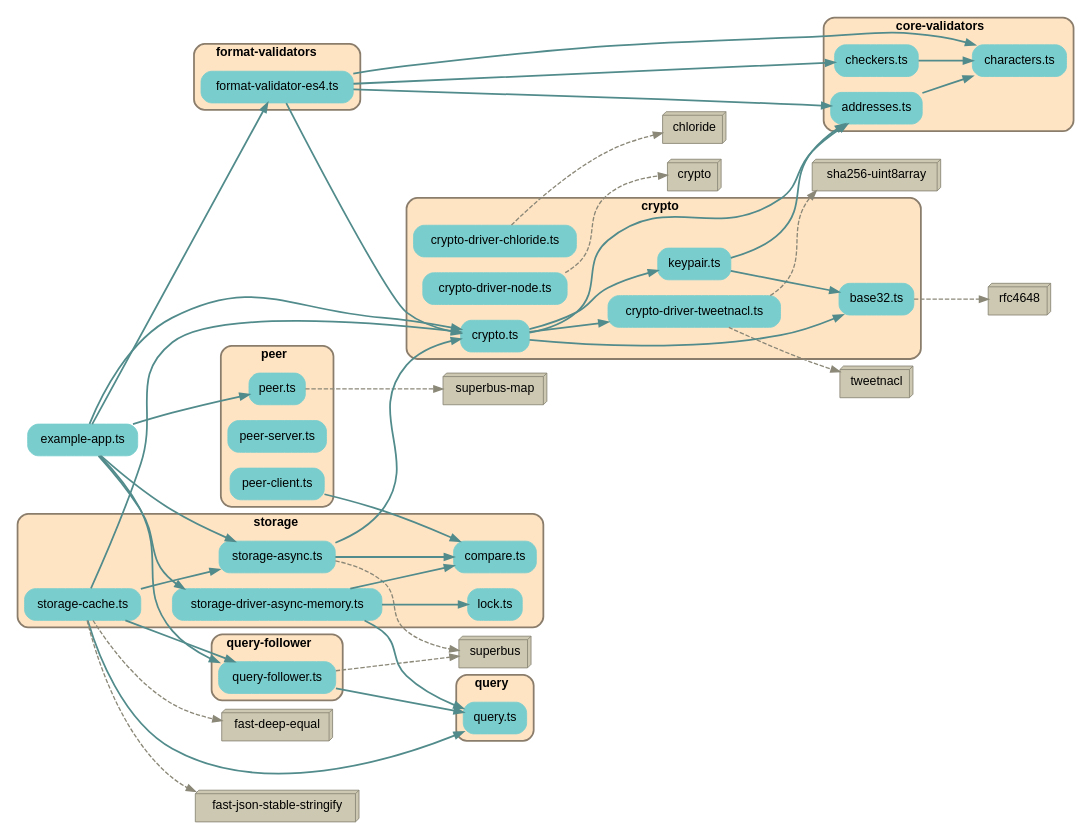
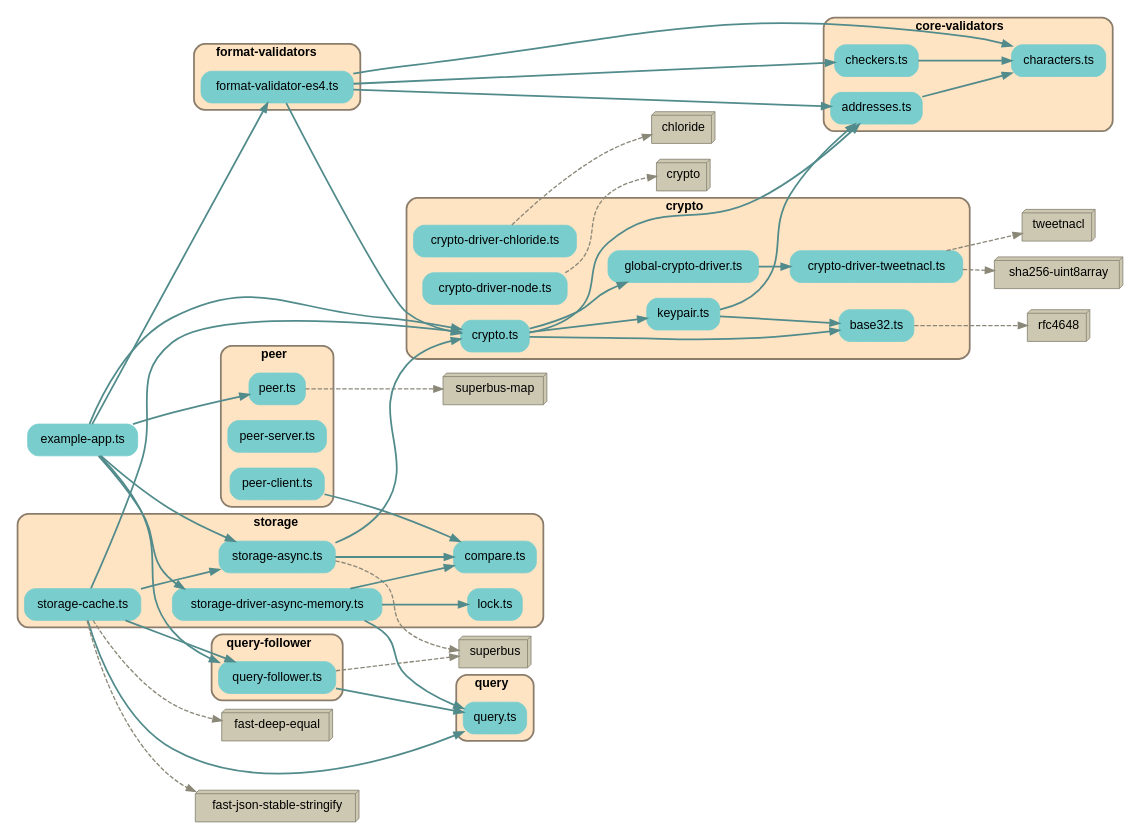
The diagram in depchart/depchart-deps.dot (earthstar-project/earthstar), drawn with Graphviz before and after one commit. The commit also changed 11 other files, not shown here.

```diff
--- a/depchart/depchart-deps.dot
+++ b/depchart/depchart-deps.dot
@@ -1,153 +1,155 @@
 
 digraph G {
     //splines=line;
     //splines=polyline;
     splines=true;
     rankdir=LR;
     //newrank=true;
     compound=true;
     graph [fontname = "helvetica"];  // dpi=72
     node [fontname = "helvetica"];
     edge [fontname = "helvetica"];
     
     // files in their folder clusters
         "src/example-app.ts" [label="example-app.ts", shape=rectangle; style="rounded,filled"; color=darkslategray3];
 
-        subgraph cluster2351233740 {
+        subgraph cluster8088613706 {
             label=<<b>core-validators</b>>;
             style="rounded,filled";
             fillcolor=bisque;
             color=bisque4;
             penwidth=2;
                     
             "src/core-validators/addresses.ts" [label="addresses.ts", shape=rectangle; style="rounded,filled"; color=darkslategray3];
             "src/core-validators/characters.ts" [label="characters.ts", shape=rectangle; style="rounded,filled"; color=darkslategray3];
             "src/core-validators/checkers.ts" [label="checkers.ts", shape=rectangle; style="rounded,filled"; color=darkslategray3];
         }
 
-        subgraph cluster9778582570 {
+        subgraph cluster6165626533 {
             label=<<b>crypto</b>>;
             style="rounded,filled";
             fillcolor=bisque;
             color=bisque4;
             penwidth=2;
                     
             "src/crypto/base32.ts" [label="base32.ts", shape=rectangle; style="rounded,filled"; color=darkslategray3];
             "src/crypto/crypto-driver-chloride.ts" [label="crypto-driver-chloride.ts", shape=rectangle; style="rounded,filled"; color=darkslategray3];
             "src/crypto/crypto-driver-node.ts" [label="crypto-driver-node.ts", shape=rectangle; style="rounded,filled"; color=darkslategray3];
             "src/crypto/crypto-driver-tweetnacl.ts" [label="crypto-driver-tweetnacl.ts", shape=rectangle; style="rounded,filled"; color=darkslategray3];
             "src/crypto/crypto.ts" [label="crypto.ts", shape=rectangle; style="rounded,filled"; color=darkslategray3];
+            "src/crypto/global-crypto-driver.ts" [label="global-crypto-driver.ts", shape=rectangle; style="rounded,filled"; color=darkslategray3];
             "src/crypto/keypair.ts" [label="keypair.ts", shape=rectangle; style="rounded,filled"; color=darkslategray3];
         }
 
-        subgraph cluster8573374882 {
+        subgraph cluster5171021029 {
             label=<<b>format-validators</b>>;
             style="rounded,filled";
             fillcolor=bisque;
             color=bisque4;
             penwidth=2;
                     
             "src/format-validators/format-validator-es4.ts" [label="format-validator-es4.ts", shape=rectangle; style="rounded,filled"; color=darkslategray3];
         }
 
-        subgraph cluster794025908 {
+        subgraph cluster4508688947 {
             label=<<b>peer</b>>;
             style="rounded,filled";
             fillcolor=bisque;
             color=bisque4;
             penwidth=2;
                     
             "src/peer/peer-client.ts" [label="peer-client.ts", shape=rectangle; style="rounded,filled"; color=darkslategray3];
             "src/peer/peer-server.ts" [label="peer-server.ts", shape=rectangle; style="rounded,filled"; color=darkslategray3];
             "src/peer/peer.ts" [label="peer.ts", shape=rectangle; style="rounded,filled"; color=darkslategray3];
         }
 
-        subgraph cluster6085644162 {
+        subgraph cluster7691940310 {
             label=<<b>query-follower</b>>;
             style="rounded,filled";
             fillcolor=bisque;
             color=bisque4;
             penwidth=2;
                     
             "src/query-follower/query-follower.ts" [label="query-follower.ts", shape=rectangle; style="rounded,filled"; color=darkslategray3];
         }
 
-        subgraph cluster4226488934 {
+        subgraph cluster6701188217 {
             label=<<b>query</b>>;
             style="rounded,filled";
             fillcolor=bisque;
             color=bisque4;
             penwidth=2;
                     
             "src/query/query.ts" [label="query.ts", shape=rectangle; style="rounded,filled"; color=darkslategray3];
         }
 
-        subgraph cluster2393717517 {
+        subgraph cluster227175255 {
             label=<<b>storage</b>>;
             style="rounded,filled";
             fillcolor=bisque;
             color=bisque4;
             penwidth=2;
                     
             "src/storage/compare.ts" [label="compare.ts", shape=rectangle; style="rounded,filled"; color=darkslategray3];
             "src/storage/lock.ts" [label="lock.ts", shape=rectangle; style="rounded,filled"; color=darkslategray3];
             "src/storage/storage-async.ts" [label="storage-async.ts", shape=rectangle; style="rounded,filled"; color=darkslategray3];
             "src/storage/storage-cache.ts" [label="storage-cache.ts", shape=rectangle; style="rounded,filled"; color=darkslategray3];
             "src/storage/storage-driver-async-memory.ts" [label="storage-driver-async-memory.ts", shape=rectangle; style="rounded,filled"; color=darkslategray3];
         }
 
     // packages not in their own cluster
         "rfc4648" [shape=box3d, style=filled, fillcolor=cornsilk3, color=cornsilk4];
         "chloride" [shape=box3d, style=filled, fillcolor=cornsilk3, color=cornsilk4];
         "crypto" [shape=box3d, style=filled, fillcolor=cornsilk3, color=cornsilk4];
         "tweetnacl" [shape=box3d, style=filled, fillcolor=cornsilk3, color=cornsilk4];
         "sha256-uint8array" [shape=box3d, style=filled, fillcolor=cornsilk3, color=cornsilk4];
         "superbus-map" [shape=box3d, style=filled, fillcolor=cornsilk3, color=cornsilk4];
         "superbus" [shape=box3d, style=filled, fillcolor=cornsilk3, color=cornsilk4];
         "fast-deep-equal" [shape=box3d, style=filled, fillcolor=cornsilk3, color=cornsilk4];
         "fast-json-stable-stringify" [shape=box3d, style=filled, fillcolor=cornsilk3, color=cornsilk4];
 
     // edges between files
     "src/core-validators/addresses.ts" -> "src/core-validators/characters.ts" [penwidth=2; color=darkslategray4];
     "src/core-validators/checkers.ts" -> "src/core-validators/characters.ts" [penwidth=2; color=darkslategray4];
     "src/crypto/crypto.ts" -> "src/crypto/base32.ts" [penwidth=2; color=darkslategray4];
     "src/crypto/crypto.ts" -> "src/crypto/keypair.ts" [penwidth=2; color=darkslategray4];
     "src/crypto/crypto.ts" -> "src/core-validators/addresses.ts" [penwidth=2; color=darkslategray4];
-    "src/crypto/crypto.ts" -> "src/crypto/crypto-driver-tweetnacl.ts" [penwidth=2; color=darkslategray4];
+    "src/crypto/crypto.ts" -> "src/crypto/global-crypto-driver.ts" [penwidth=2; color=darkslategray4];
+    "src/crypto/global-crypto-driver.ts" -> "src/crypto/crypto-driver-tweetnacl.ts" [penwidth=2; color=darkslategray4];
     "src/crypto/keypair.ts" -> "src/crypto/base32.ts" [penwidth=2; color=darkslategray4];
     "src/crypto/keypair.ts" -> "src/core-validators/addresses.ts" [penwidth=2; color=darkslategray4];
     "src/example-app.ts" -> "src/format-validators/format-validator-es4.ts" [penwidth=2; color=darkslategray4];
     "src/example-app.ts" -> "src/storage/storage-driver-async-memory.ts" [penwidth=2; color=darkslategray4];
     "src/example-app.ts" -> "src/storage/storage-async.ts" [penwidth=2; color=darkslategray4];
     "src/example-app.ts" -> "src/crypto/crypto.ts" [penwidth=2; color=darkslategray4];
     "src/example-app.ts" -> "src/query-follower/query-follower.ts" [penwidth=2; color=darkslategray4];
     "src/example-app.ts" -> "src/peer/peer.ts" [penwidth=2; color=darkslategray4];
     "src/format-validators/format-validator-es4.ts" -> "src/crypto/crypto.ts" [penwidth=2; color=darkslategray4];
     "src/format-validators/format-validator-es4.ts" -> "src/core-validators/characters.ts" [penwidth=2; color=darkslategray4];
     "src/format-validators/format-validator-es4.ts" -> "src/core-validators/checkers.ts" [penwidth=2; color=darkslategray4];
     "src/format-validators/format-validator-es4.ts" -> "src/core-validators/addresses.ts" [penwidth=2; color=darkslategray4];
     "src/peer/peer-client.ts" -> "src/storage/compare.ts" [penwidth=2; color=darkslategray4];
     "src/query-follower/query-follower.ts" -> "src/query/query.ts" [penwidth=2; color=darkslategray4];
     "src/storage/storage-async.ts" -> "src/storage/compare.ts" [penwidth=2; color=darkslategray4];
     "src/storage/storage-async.ts" -> "src/crypto/crypto.ts" [penwidth=2; color=darkslategray4];
     "src/storage/storage-cache.ts" -> "src/query/query.ts" [penwidth=2; color=darkslategray4];
     "src/storage/storage-cache.ts" -> "src/query-follower/query-follower.ts" [penwidth=2; color=darkslategray4];
     "src/storage/storage-cache.ts" -> "src/storage/storage-async.ts" [penwidth=2; color=darkslategray4];
     "src/storage/storage-cache.ts" -> "src/crypto/crypto.ts" [penwidth=2; color=darkslategray4];
     "src/storage/storage-driver-async-memory.ts" -> "src/storage/compare.ts" [penwidth=2; color=darkslategray4];
     "src/storage/storage-driver-async-memory.ts" -> "src/query/query.ts" [penwidth=2; color=darkslategray4];
     "src/storage/storage-driver-async-memory.ts" -> "src/storage/lock.ts" [penwidth=2; color=darkslategray4];
 
     // edges from files to packages
     "src/crypto/base32.ts" -> "rfc4648" [penwidth=1.5; style=dashed, color=cornsilk4, weight=1];
     "src/crypto/crypto-driver-chloride.ts" -> "chloride" [penwidth=1.5; style=dashed, color=cornsilk4, weight=1];
     "src/crypto/crypto-driver-node.ts" -> "crypto" [penwidth=1.5; style=dashed, color=cornsilk4, weight=1];
     "src/crypto/crypto-driver-tweetnacl.ts" -> "tweetnacl" [penwidth=1.5; style=dashed, color=cornsilk4, weight=1];
     "src/crypto/crypto-driver-tweetnacl.ts" -> "sha256-uint8array" [penwidth=1.5; style=dashed, color=cornsilk4, weight=1];
     "src/peer/peer.ts" -> "superbus-map" [penwidth=1.5; style=dashed, color=cornsilk4, weight=1];
     "src/query-follower/query-follower.ts" -> "superbus" [penwidth=1.5; style=dashed, color=cornsilk4, weight=1];
     "src/storage/storage-async.ts" -> "superbus" [penwidth=1.5; style=dashed, color=cornsilk4, weight=1];
     "src/storage/storage-cache.ts" -> "fast-deep-equal" [penwidth=1.5; style=dashed, color=cornsilk4, weight=1];
     "src/storage/storage-cache.ts" -> "fast-json-stable-stringify" [penwidth=1.5; style=dashed, color=cornsilk4, weight=1];
 
 }
```
